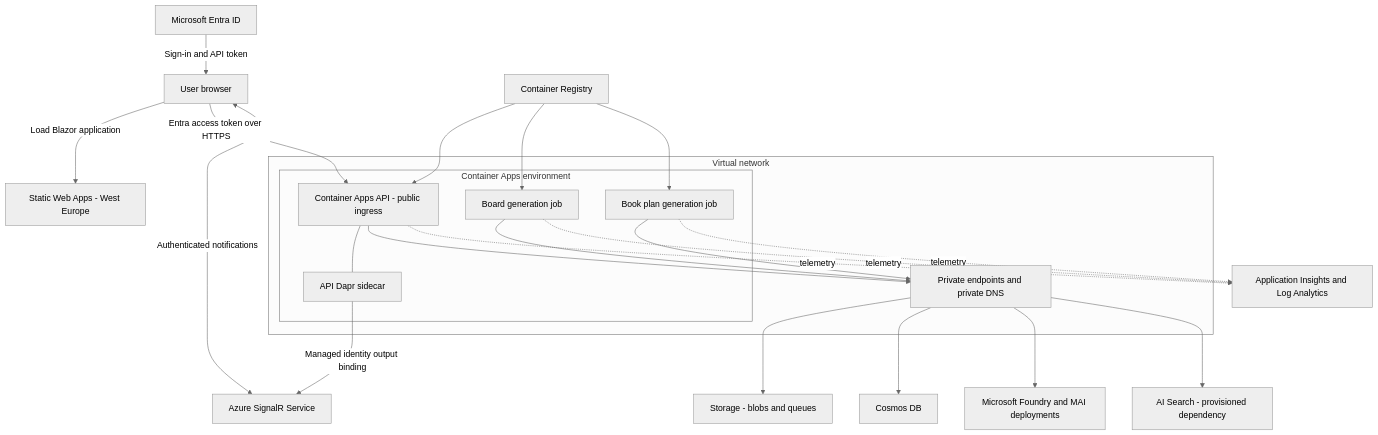
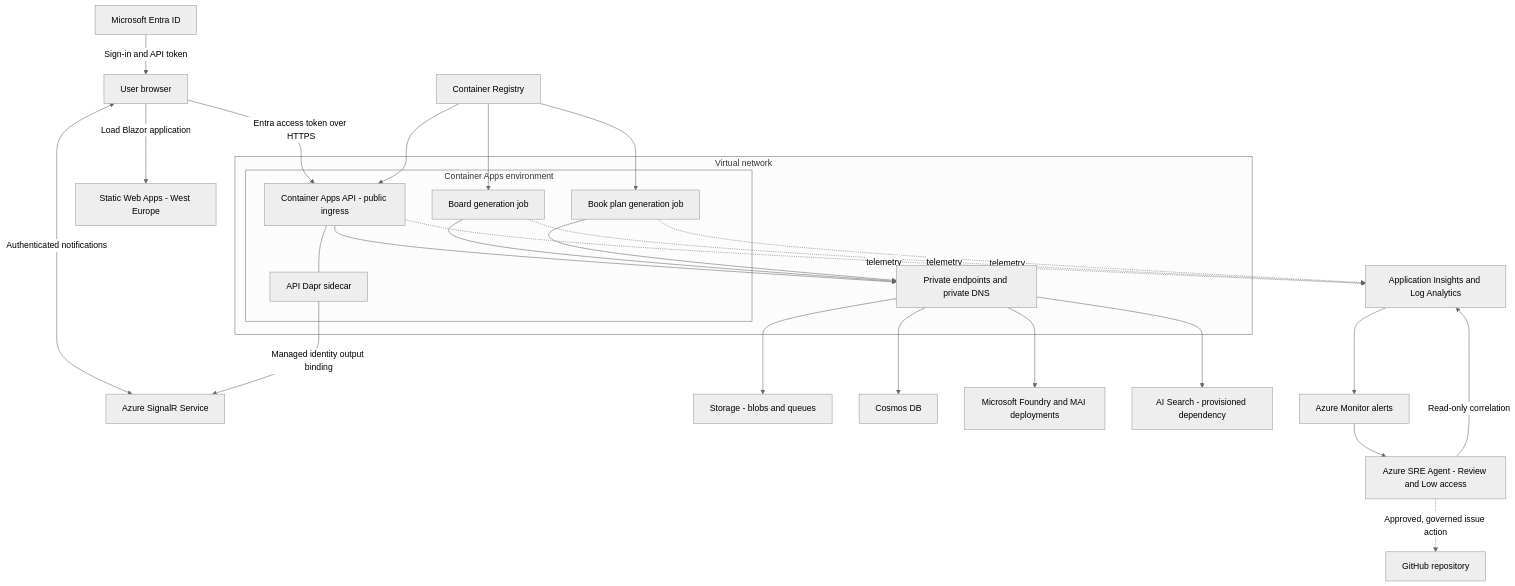
Before and after one commit to mathieumack/foundry-comics-mai: the first of 3 diagrams in docs/architecture.md, drawn with Mermaid (neutral theme). The commit also changed other lines of this file and 9 other files, not shown here.

Commit message:
Document SRE Agent operations

````diff
--- a/docs/architecture.md
+++ b/docs/architecture.md
@@ -33,31 +33,35 @@
 ```mermaid
 flowchart TB
     Browser[User browser] -->|Load Blazor application| SWA[Static Web Apps - West Europe]
     Entra[Microsoft Entra ID] -->|Sign-in and API token| Browser
     Browser -->|Entra access token over HTTPS| API[Container Apps API - public ingress]
     Browser <-->|Authenticated notifications| SignalR[Azure SignalR Service]
     subgraph VNet[Virtual network]
         subgraph CAE[Container Apps environment]
             API
             Dapr[API Dapr sidecar]
             BoardJob[Board generation job]
             PlanJob[Book plan generation job]
         end
         PE[Private endpoints and private DNS]
     end
     API --- Dapr
     API --> PE
     BoardJob --> PE
     PlanJob --> PE
     PE --> Storage[Storage - blobs and queues]
     PE --> Cosmos[Cosmos DB]
     PE --> Foundry[Microsoft Foundry and MAI deployments]
     PE --> Search[AI Search - provisioned dependency]
     Dapr -->|Managed identity output binding| SignalR
     ACR[Container Registry] --> API
     ACR --> BoardJob
     ACR --> PlanJob
     API -. telemetry .-> Monitor[Application Insights and Log Analytics]
     BoardJob -. telemetry .-> Monitor
     PlanJob -. telemetry .-> Monitor
+    Monitor --> Alerts[Azure Monitor alerts]
+    Alerts --> SRE[Azure SRE Agent - Review and Low access]
+    SRE -->|Read-only correlation| Monitor
+    SRE -.->|Approved, governed issue action| GitHub[GitHub repository]
 ```
````
